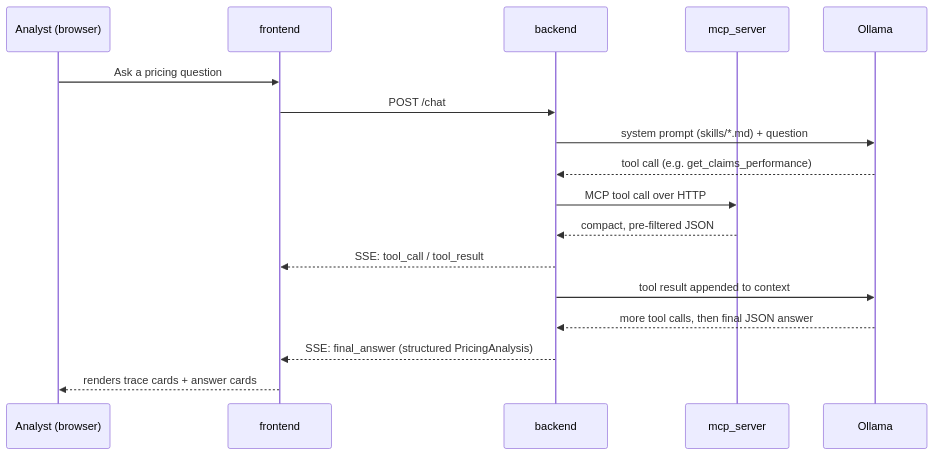
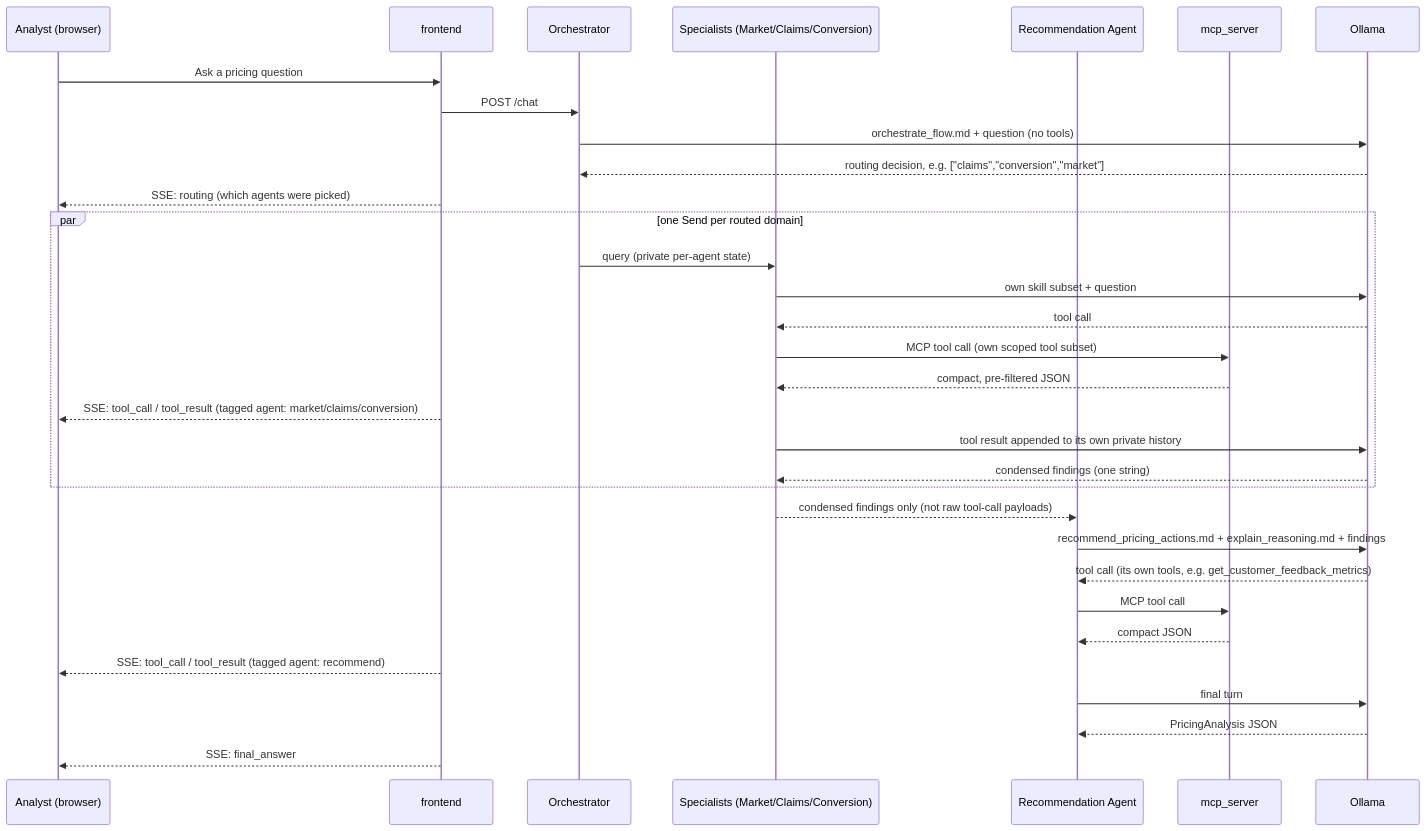
The second of 3 diagrams in README.md (yashvee-ai814/test), drawn with Mermaid before and after one commit. The commit also changed other lines of this file and 24 other files, not shown here.

````diff
--- a/README.md
+++ b/README.md
@@ -83,20 +109,37 @@
 ```mermaid
 sequenceDiagram
     participant U as Analyst (browser)
     participant F as frontend
-    participant B as backend
+    participant O as Orchestrator
+    participant S as Specialists (Market/Claims/Conversion)
+    participant R as Recommendation Agent
     participant M as mcp_server
-    participant O as Ollama
+    participant L as Ollama
 
     U->>F: Ask a pricing question
-    F->>B: POST /chat
-    B->>O: system prompt (skills/*.md) + question
-    O-->>B: tool call (e.g. get_claims_performance)
-    B->>M: MCP tool call over HTTP
-    M-->>B: compact, pre-filtered JSON
-    B-->>F: SSE: tool_call / tool_result
-    B->>O: tool result appended to context
-    O-->>B: more tool calls, then final JSON answer
-    B-->>F: SSE: final_answer (structured PricingAnalysis)
-    F-->>U: renders trace cards + answer cards
+    F->>O: POST /chat
+    O->>L: orchestrate_flow.md + question (no tools)
+    L-->>O: routing decision, e.g. ["claims","conversion","market"]
+    F-->>U: SSE: routing (which agents were picked)
+
+    par one Send per routed domain
+        O->>S: query (private per-agent state)
+        S->>L: own skill subset + question
+        L-->>S: tool call
+        S->>M: MCP tool call (own scoped tool subset)
+        M-->>S: compact, pre-filtered JSON
+        F-->>U: SSE: tool_call / tool_result (tagged agent: market/claims/conversion)
+        S->>L: tool result appended to its own private history
+        L-->>S: condensed findings (one string)
+    end
+
+    S-->>R: condensed findings only (not raw tool-call payloads)
+    R->>L: recommend_pricing_actions.md + explain_reasoning.md + findings
+    L-->>R: tool call (its own tools, e.g. get_customer_feedback_metrics)
+    R->>M: MCP tool call
+    M-->>R: compact JSON
+    F-->>U: SSE: tool_call / tool_result (tagged agent: recommend)
+    R->>L: final turn
+    L-->>R: PricingAnalysis JSON
+    F-->>U: SSE: final_answer
 ```
````
